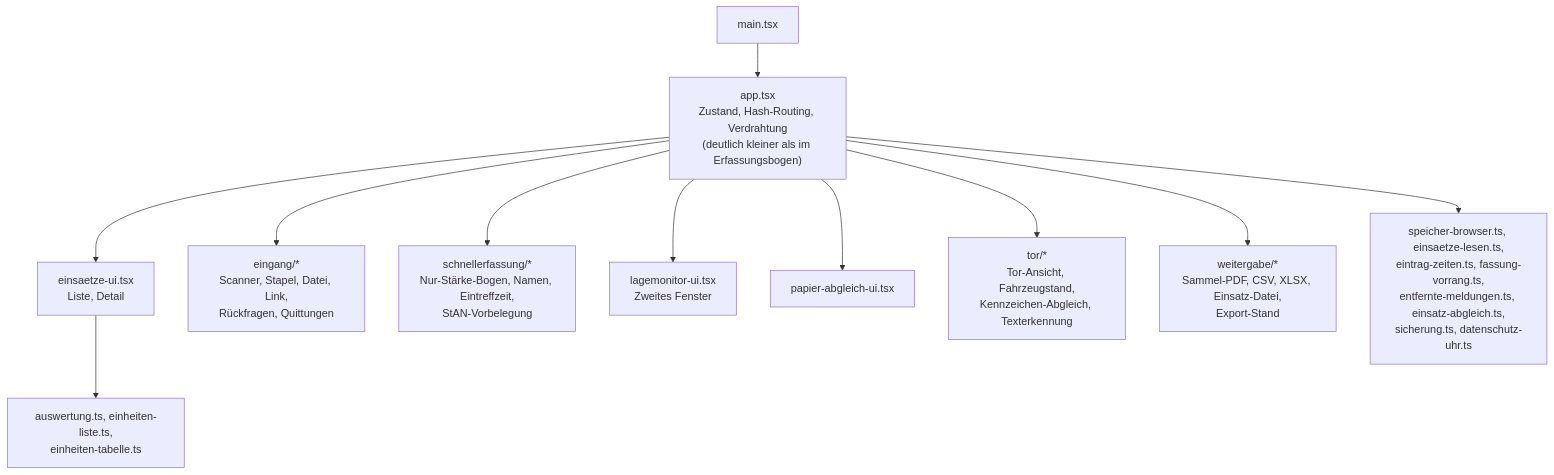
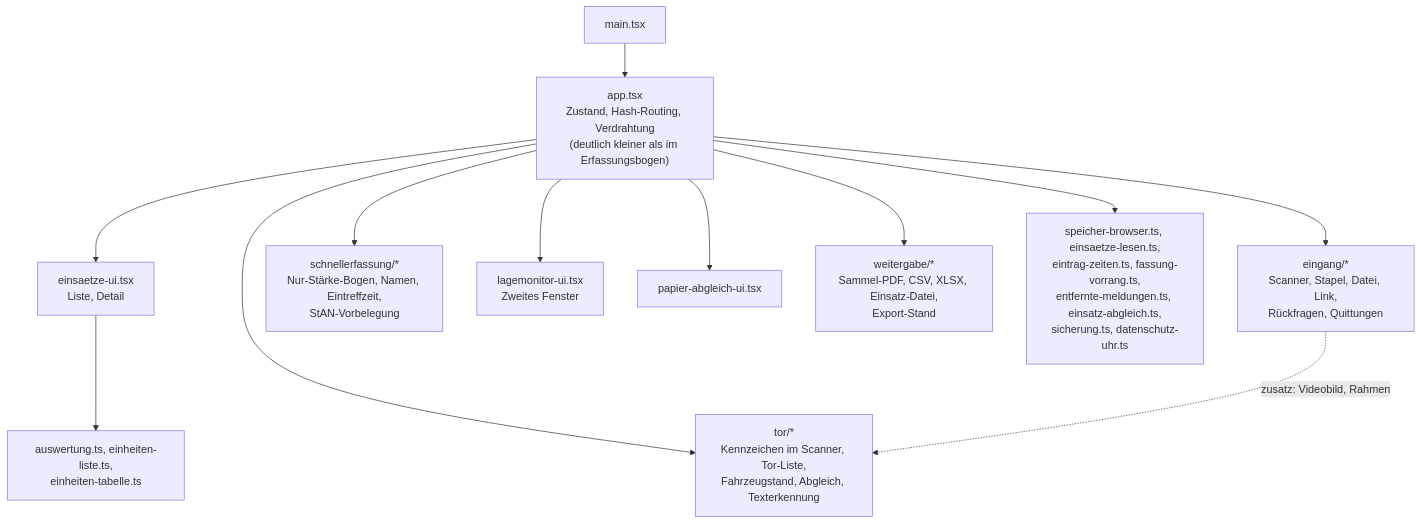
The third of 5 diagrams in docs/architektur.md (wattnpapa/meldekopf), drawn with Mermaid before and after one commit. The commit also changed other lines of this file and 18 other files, not shown here.

First line of the commit message:
Kennzeichen im Scanner: eine Kamera-Ansicht für Bögen und Fahrzeuge

````diff
--- a/docs/architektur.md
+++ b/docs/architektur.md
@@ -219,13 +219,14 @@
 ```mermaid
 flowchart TB
   main["main.tsx"] --> app["app.tsx<br/>Zustand, Hash-Routing, Verdrahtung<br/>(deutlich kleiner als im Erfassungsbogen)"]
   app --> liste["einsaetze-ui.tsx<br/>Liste, Detail"]
   app --> eingang["eingang/*<br/>Scanner, Stapel, Datei, Link,<br/>Rückfragen, Quittungen"]
   app --> schnell["schnellerfassung/*<br/>Nur-Stärke-Bogen, Namen, Eintreffzeit,<br/>StAN-Vorbelegung"]
   app --> lage["lagemonitor-ui.tsx<br/>Zweites Fenster"]
   app --> papier["papier-abgleich-ui.tsx"]
-  app --> tor["tor/*<br/>Tor-Ansicht, Fahrzeugstand,<br/>Kennzeichen-Abgleich, Texterkennung"]
+  app --> tor["tor/*<br/>Kennzeichen im Scanner, Tor-Liste,<br/>Fahrzeugstand, Abgleich, Texterkennung"]
+  eingang -. "zusatz: Videobild, Rahmen" .-> tor
   app --> export["weitergabe/*<br/>Sammel-PDF, CSV, XLSX, Einsatz-Datei,<br/>Export-Stand"]
   app --> persist["speicher-browser.ts, einsaetze-lesen.ts,<br/>eintrag-zeiten.ts, fassung-vorrang.ts,<br/>entfernte-meldungen.ts, einsatz-abgleich.ts,<br/>sicherung.ts, datenschutz-uhr.ts"]
   liste --> ausw["auswertung.ts, einheiten-liste.ts,<br/>einheiten-tabelle.ts"]
 ```
````
